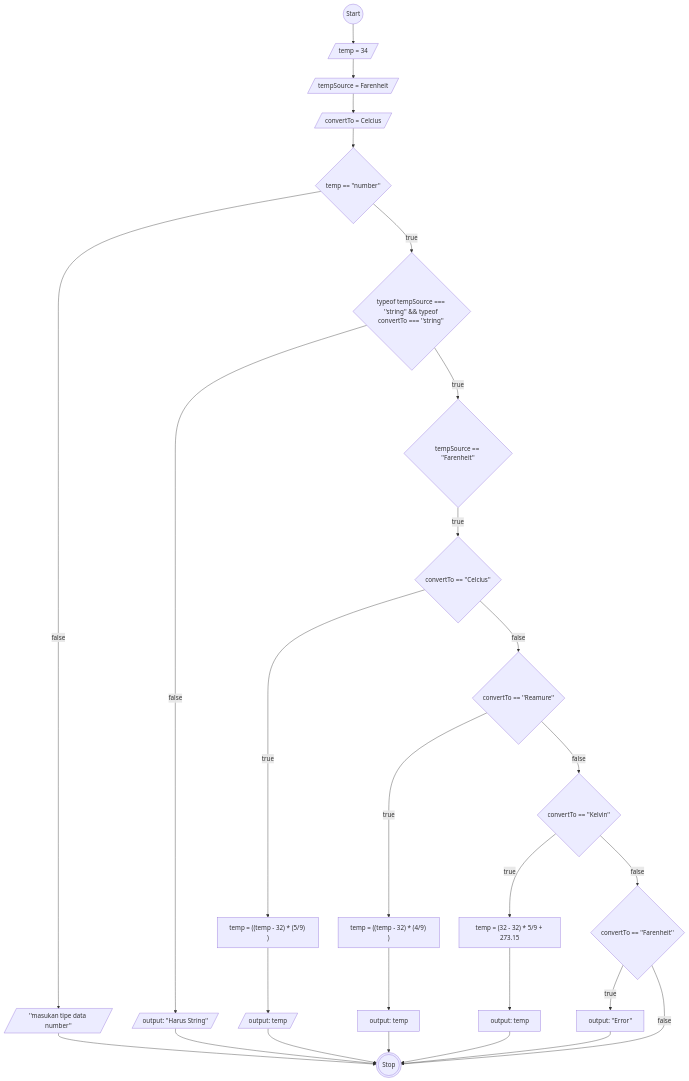
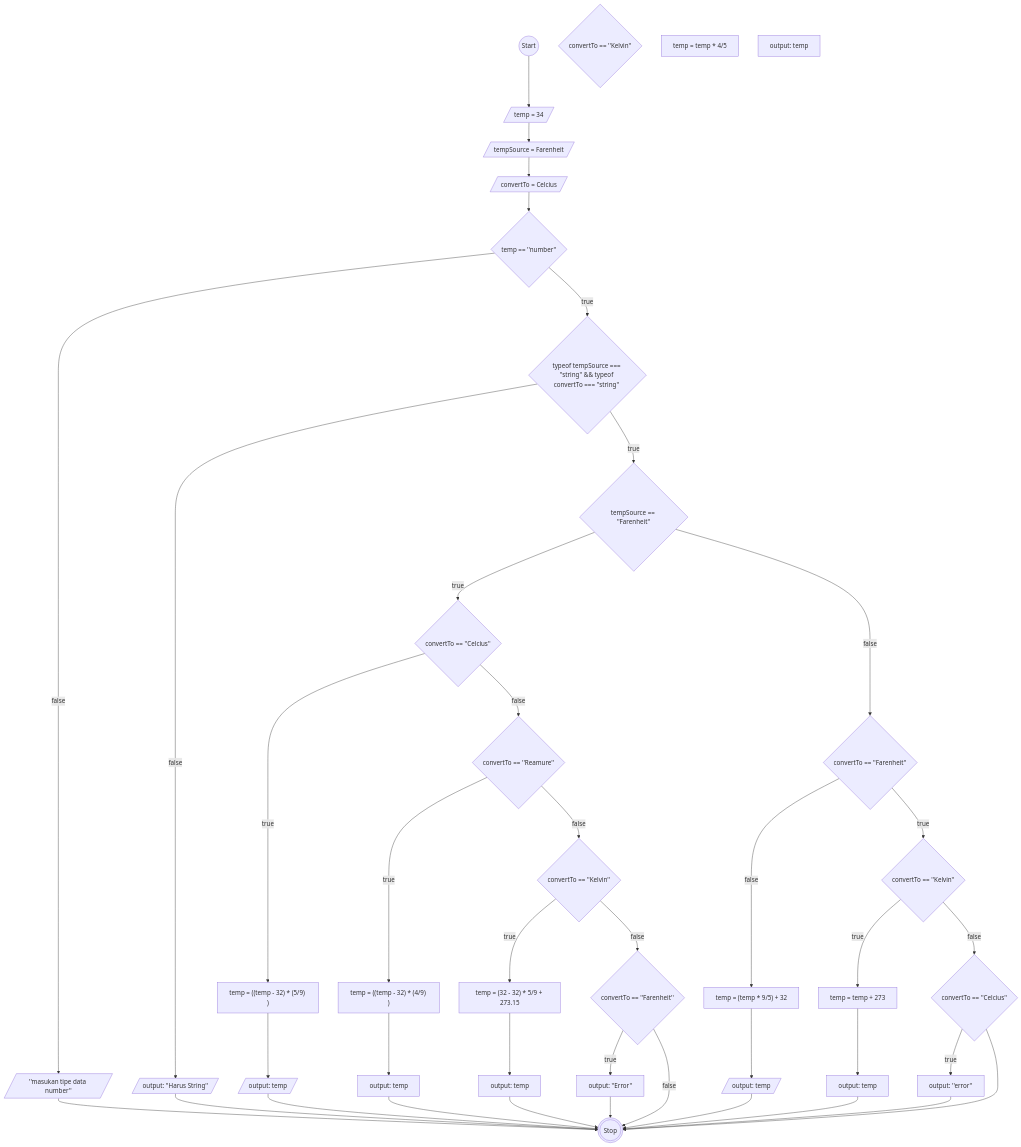
The diagram in task4.md (AbiPasundan/koda-b6-javascript1), drawn with Mermaid before and after one commit.

````diff
--- a/task4.md
+++ b/task4.md
@@ -5,60 +5,78 @@
 ```mermaid
     flowchart TB
         Start@{ shape: circ, label: "Start"}
 
         temp@{ shape: lean-r, label: "temp = 34"}
         tempSource@{ shape: lean-r, label: "tempSource = Farenheit"}
         convertTo@{ shape: lean-r, label:  "convertTo = Celcius"}
 
         validation@{ shape: diamond, label:  "temp == ''number''"}
         outputerr@{ shape: lean-r, label:  "''masukan tipe data number''"}
 
         isString@{ shape: diamond, label:  "typeof tempSource === ''string'' && typeof convertTo === ''string'' "}
         isStringFalse@{ shape: lean-r, label:  "output: ''Harus String''"}
 
         isStringTrue@{ shape: diamond, label:  "tempSource == ''Farenheit''"}
 
         %% SAMBUNGAN AWAL START
         Start-->temp-->tempSource-->convertTo-->validation-->|false|outputerr-->Stop
 
         validation-- true -->isString -- false --> isStringFalse --> Stop
 
         isString-- true --> isStringTrue -- true -->isStringTrueFC -- true -->isStringTrueFCVar-->isStringTrueFCOut-->Stop
         
         %% SAMBUNGAN AWAL END
 
-        
-
         %% CONVERT FARENHEIT START
         isStringTrueFC@{ shape: diamond, label:  "convertTo == ''Celcius''"}
         isStringTrueFCVar@{ shape: rect, label:  "temp = ((temp - 32) * (5/9) )"}
         isStringTrueFCOut@{ shape: lean-r, label:  "output: temp"}
 
         isStringTrueFR@{ shape: diamond, label:  "convertTo == ''Reamure''"}
         isStringTrueFRVar@{ shape: rect, label:  "temp = ((temp - 32) * (4/9) )"}
         isStringTrueFROut@{ shape: rect, label:  "output: temp"}
 
         isStringTrueFK@{ shape: diamond, label:  "convertTo == ''Kelvin''"}
         isStringTrueFKVar@{ shape: rect, label:  "temp = (32 - 32) * 5/9 + 273.15"}
         isStringTrueFKOut@{ shape: rect, label:  "output: temp"}
 
         isStringTrueFF@{ shape: diamond, label:  "convertTo == ''Farenheit''"}
         isStringTrueFFOut@{ shape: rect, label:  "output: ''Error''"}
 
         %% SAMBUNGAN START
         isStringTrueFC-- false --> isStringTrueFR -- true --> isStringTrueFRVar --> isStringTrueFROut-->Stop
+        isStringTrueFR -- false --> isStringTrueFK -- true --> isStringTrueFKVar --> isStringTrueFKOut -->Stop
+        isStringTrueFK -- false --> isStringTrueFF -- true --> isStringTrueFFOut -->Stop
+        isStringTrueFF -- false  -->Stop
+        %% SAMBUNGAN END
+        %% CONVERT FARENHEIT END
 
-        isStringTrueFR -- false --> isStringTrueFK -- true --> isStringTrueFKVar --> isStringTrueFKOut -->Stop
+        %% CONVERT CELCIUS START
+        isStringTrueCF@{ shape: diamond, label:  "convertTo == ''Farenheit''"}
+        isStringTrueCFVar@{ shape: rect, label:  "temp = (temp * 9/5) + 32"}
+        isStringTrueCFOut@{ shape: lean-r, label:  "output: temp"}
 
-        isStringTrueFK -- false --> isStringTrueFF -- true --> isStringTrueFFOut -->Stop
+        isStringTrueCK@{ shape: diamond, label:  "convertTo == ''Kelvin''"}
+        isStringTrueCKVar@{ shape: rect, label:  "temp = temp + 273"}
+        isStringTrueCKOut@{ shape: rect, label:  "output: temp"}
 
-        isStringTrueFF -- false  -->Stop
+        isStringTrueCR@{ shape: diamond, label:  "convertTo == ''Kelvin''"}
+        isStringTrueCRVar@{ shape: rect, label:  "temp = temp * 4/5"}
+        isStringTrueCROut@{ shape: rect, label:  "output: temp"}
 
-        %% isStringTrueFC -- true -->isStringTrueFCVar
-        %% SAMBUNGAN END
+        isStringTrueCC@{ shape: diamond, label:  "convertTo == ''Celcius''"}
+        isStringTrueCCOut@{ shape: rect, label:  "output: ''error''"}
 
-        %% CONVERT FARENHEIT END
+        %% SAMUNGAN START
+        isStringTrue-->|false|isStringTrueCF-->|false|isStringTrueCFVar-->isStringTrueCFOut-->Stop
+        isStringTrueCF-->|true|isStringTrueCK-->|true|isStringTrueCKVar-->isStringTrueCKOut-->Stop
+
+        isStringTrueCK-->|false|isStringTrueCC-->|true|isStringTrueCCOut-->Stop
+        isStringTrueCC-->Stop
+
+        %% SAMUNGAN END
+        %% CONVERT CELCIUS END
 
         Stop@{ shape: dbl-circ, label: "Stop"}
 
 ```
````
